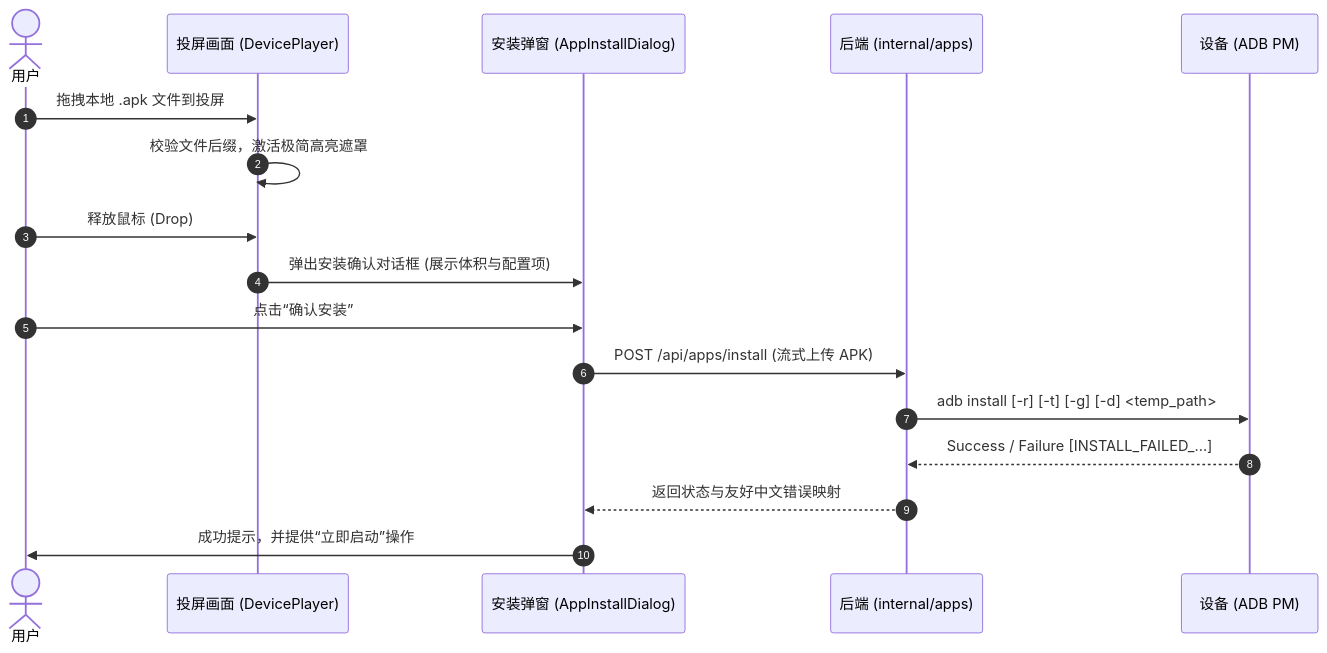
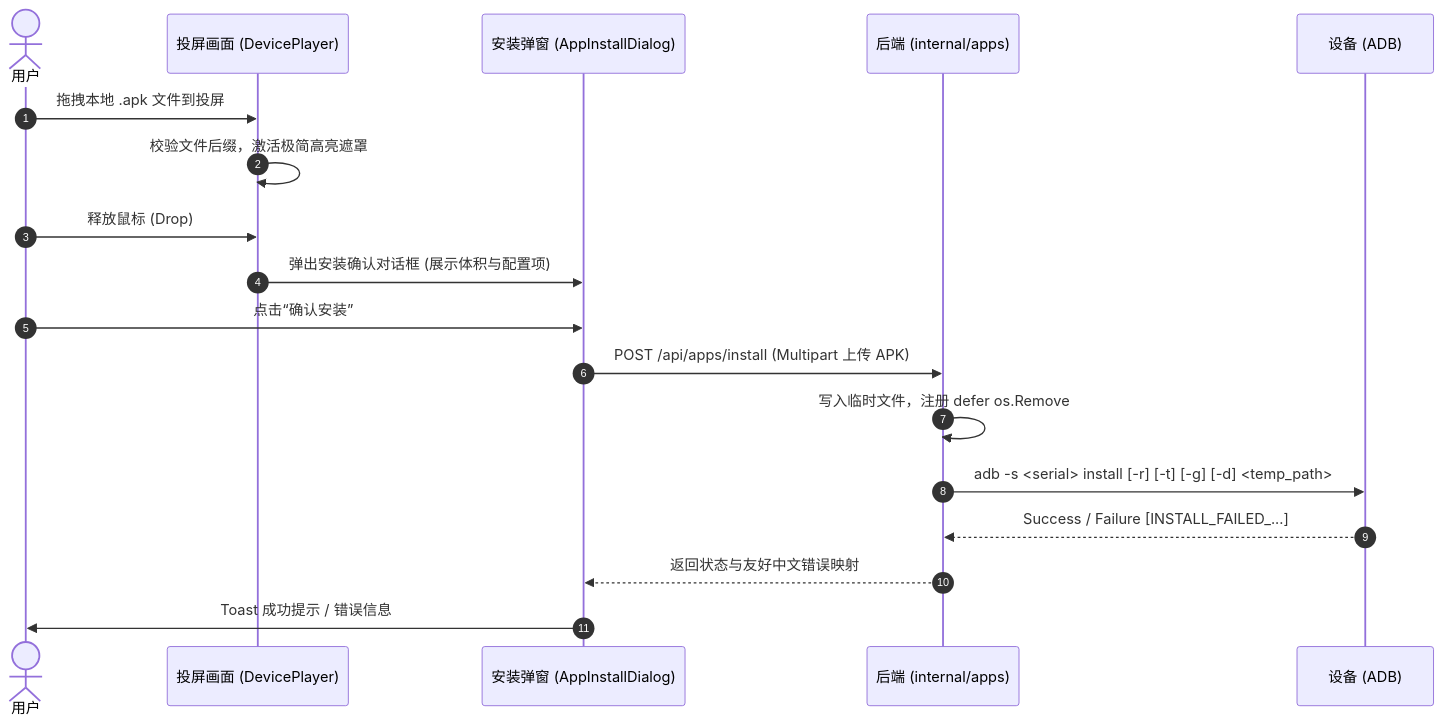
The diagram in docs/versions/v1.30.0-feature/design.md (liuzhuogood/MyWebScrcpy), drawn with Mermaid before and after one commit. The commit also changed other lines of this file and 15 other files, not shown here.

````diff
--- a/docs/versions/v1.30.0-feature/design.md
+++ b/docs/versions/v1.30.0-feature/design.md
@@ -52,20 +51,21 @@
 ```mermaid
 sequenceDiagram
     autonumber
     actor User as 用户
     participant Screen as 投屏画面 (DevicePlayer)
     participant Dialog as 安装弹窗 (AppInstallDialog)
     participant Backend as 后端 (internal/apps)
-    participant ADB as 设备 (ADB PM)
+    participant ADB as 设备 (ADB)
 
     User->>Screen: 拖拽本地 .apk 文件到投屏
     Screen->>Screen: 校验文件后缀，激活极简高亮遮罩
     User->>Screen: 释放鼠标 (Drop)
     Screen->>Dialog: 弹出安装确认对话框 (展示体积与配置项)
     User->>Dialog: 点击“确认安装”
-    Dialog->>Backend: POST /api/apps/install (流式上传 APK)
-    Backend->>ADB: adb install [-r] [-t] [-g] [-d] <temp_path>
+    Dialog->>Backend: POST /api/apps/install (Multipart 上传 APK)
+    Backend->>Backend: 写入临时文件，注册 defer os.Remove
+    Backend->>ADB: adb -s <serial> install [-r] [-t] [-g] [-d] <temp_path>
     ADB-->>Backend: Success / Failure [INSTALL_FAILED_...]
     Backend-->>Dialog: 返回状态与友好中文错误映射
-    Dialog->>User: 成功提示，并提供“立即启动”操作
+    Dialog->>User: Toast 成功提示 / 错误信息
 ```
````
